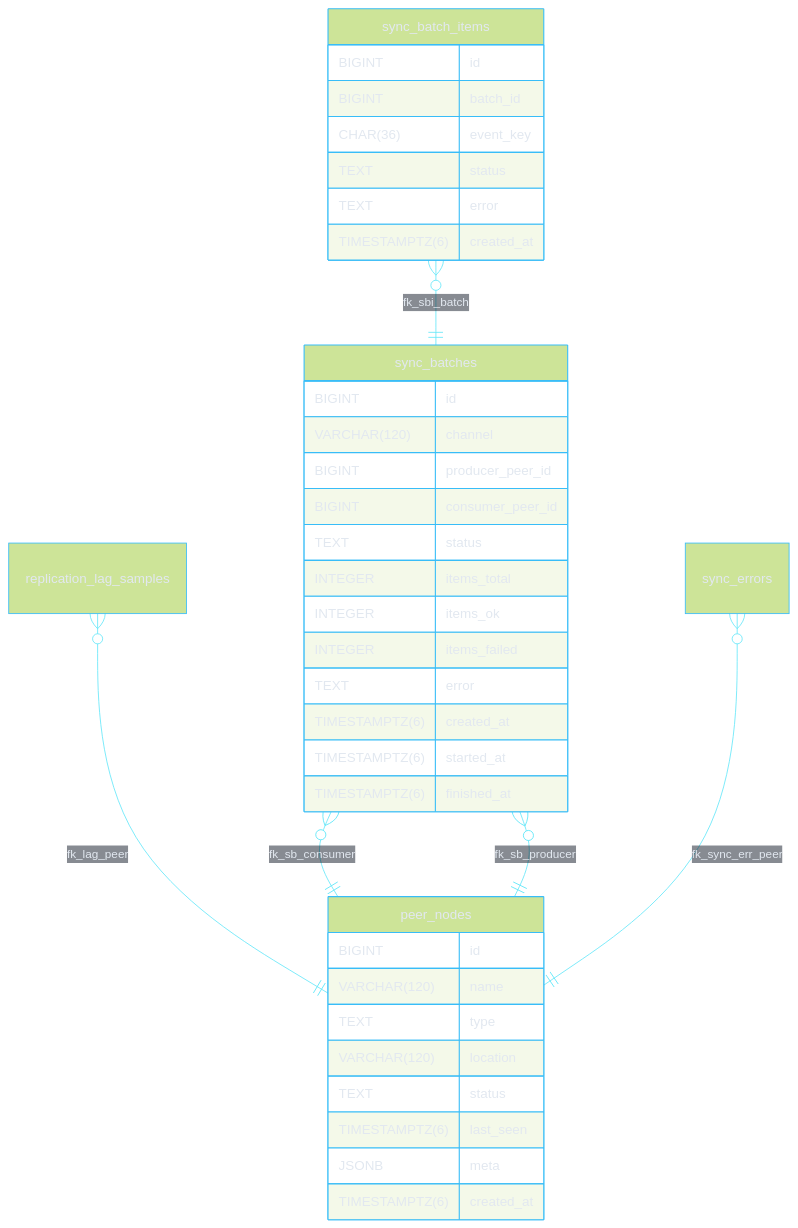
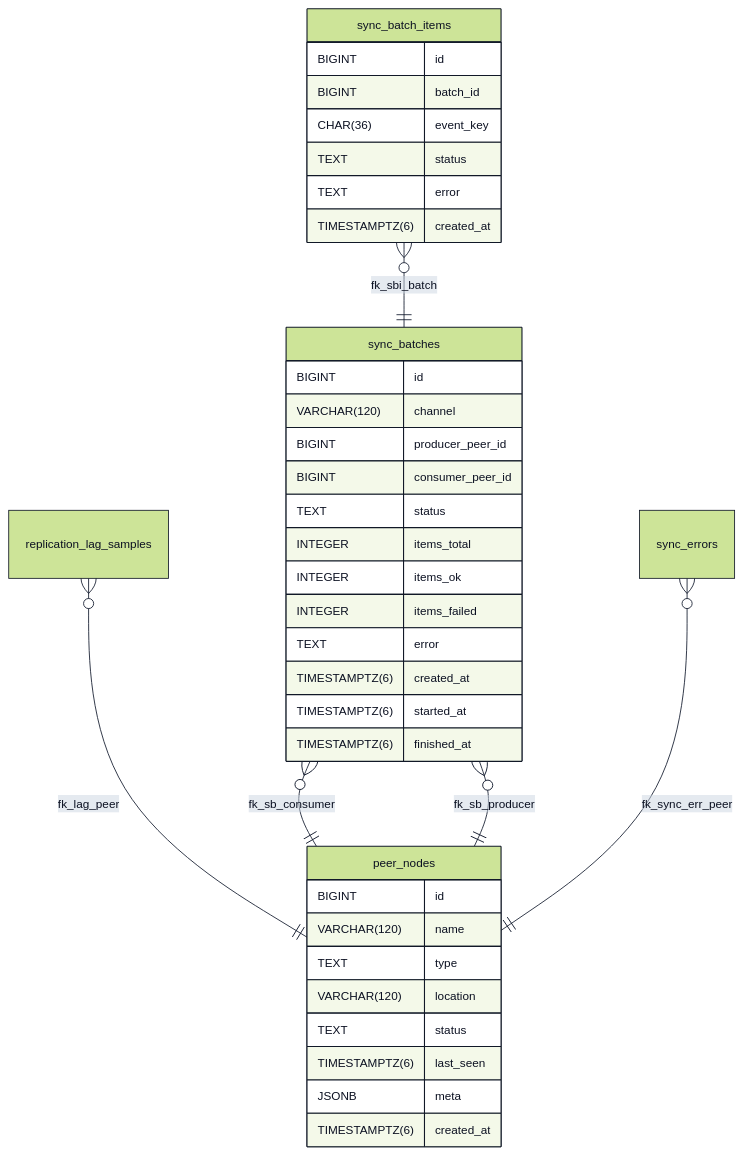
One commit to blackcatacademy/blackcat-database changed the diagram in docs/erd-details/ERD-sync_batches.md. Above: the diagram before and after it, drawn with Mermaid. The commit also changed 93 other files, not shown here.

Commit message:
Further debugging and ERD optimalization 1/*

````diff
--- a/docs/erd-details/ERD-sync_batches.md
+++ b/docs/erd-details/ERD-sync_batches.md
@@ -1,43 +1,43 @@
 ```mermaid
-%%{init: {"theme":"forest","themeVariables":{"primaryColor":"#0b1021","primaryBorderColor":"#4ade80","primaryTextColor":"#e2e8f0","edgeLabelBackground":"#0b1021","tertiaryColor":"#111827","tertiaryTextColor":"#cbd5e1","lineColor":"#67e8f9","nodeBorder":"#38bdf8","textColor":"#e2e8f0"}} }%%
+%%{init: {"theme":"forest","themeVariables":{"primaryColor":"#e5e7eb","primaryBorderColor":"#111827","primaryTextColor":"#0b1021","edgeLabelBackground":"#f8fafc","tertiaryColor":"#cbd5e1","tertiaryTextColor":"#0f172a","lineColor":"#0f172a","nodeBorder":"#111827","textColor":"#0b1021","fontSize":"14px"}} }%%
 %% Detail ERD for sync_batches (engine: postgres, neighbors: 2)
 erDiagram
-  %% direction: TB
+  direction TB
   sync_batches {
     BIGINT id
     VARCHAR(120) channel
     BIGINT producer_peer_id
     BIGINT consumer_peer_id
     TEXT status
     INTEGER items_total
     INTEGER items_ok
     INTEGER items_failed
     TEXT error
     TIMESTAMPTZ(6) created_at
     TIMESTAMPTZ(6) started_at
     TIMESTAMPTZ(6) finished_at
   }
-  sync_batch_items {
-    BIGINT id
-    BIGINT batch_id
-    CHAR(36) event_key
-    TEXT status
-    TEXT error
-    TIMESTAMPTZ(6) created_at
-  }
   peer_nodes {
     BIGINT id
     VARCHAR(120) name
     TEXT type
     VARCHAR(120) location
     TEXT status
     TIMESTAMPTZ(6) last_seen
     JSONB meta
     TIMESTAMPTZ(6) created_at
   }
+  sync_batch_items {
+    BIGINT id
+    BIGINT batch_id
+    CHAR(36) event_key
+    TEXT status
+    TEXT error
+    TIMESTAMPTZ(6) created_at
+  }
 replication_lag_samples }o--|| peer_nodes : fk_lag_peer
 sync_batch_items }o--|| sync_batches : fk_sbi_batch
 sync_batches }o--|| peer_nodes : fk_sb_consumer
 sync_batches }o--|| peer_nodes : fk_sb_producer
 sync_errors }o--|| peer_nodes : fk_sync_err_peer
 ```
````
